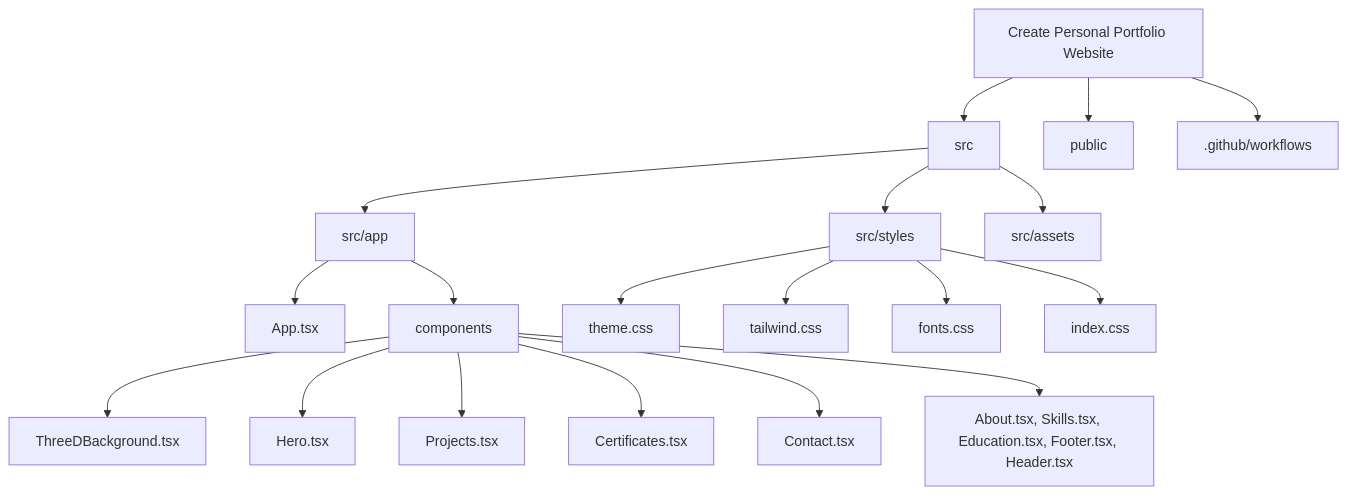
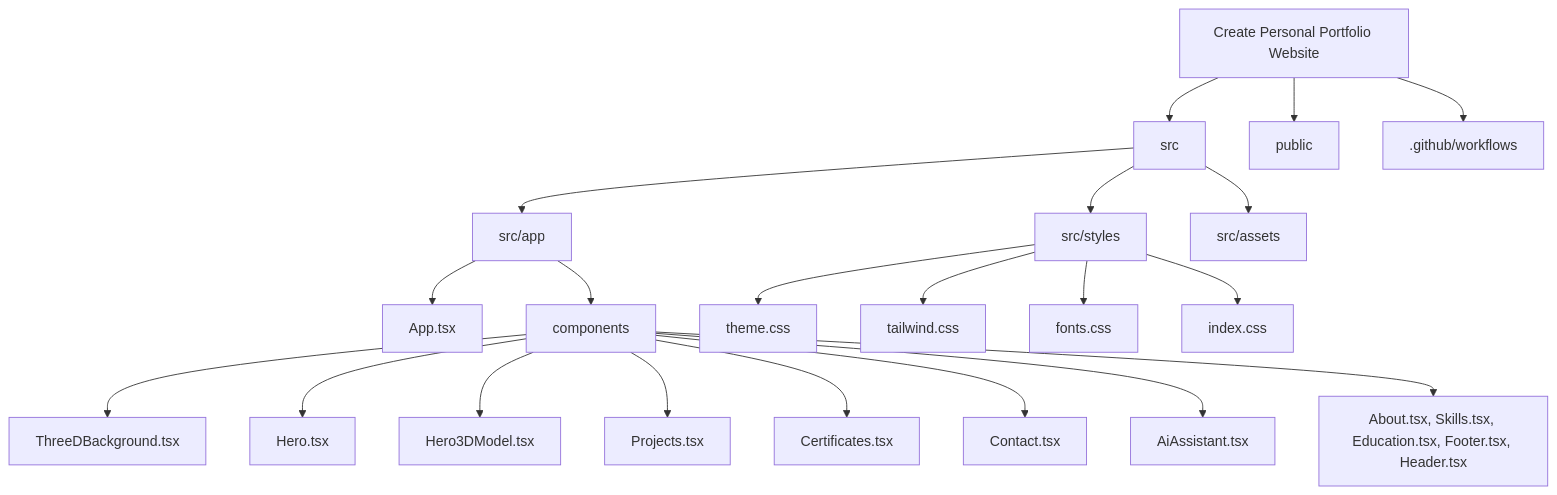
The diagram in brain.md (sanumittal946-eng/SomilPortfolio), drawn with Mermaid before and after one commit. The commit also changed other lines of this file and 26 other files, not shown here.

Commit message:
New Work Flow

````diff
--- a/brain.md
+++ b/brain.md
@@ -41,25 +41,27 @@
 ```mermaid
 graph TD
   Root[Create Personal Portfolio Website] --> src[src]
   Root --> public[public]
   Root --> github[.github/workflows]
   
   src --> app[src/app]
   src --> styles[src/styles]
   src --> assets[src/assets]
   
   app --> AppTSX[App.tsx]
   app --> components[components]
   
   components --> ThreeD[ThreeDBackground.tsx]
   components --> Hero[Hero.tsx]
+  components --> Hero3D[Hero3DModel.tsx]
   components --> Projects[Projects.tsx]
   components --> Certificates[Certificates.tsx]
   components --> Contact[Contact.tsx]
+  components --> AiCopilot[AiAssistant.tsx]
   components --> Others[About.tsx, Skills.tsx, Education.tsx, Footer.tsx, Header.tsx]
   
   styles --> themeCSS[theme.css]
   styles --> tailwindCSS[tailwind.css]
   styles --> fontCSS[fonts.css]
   styles --> indexCSS[index.css]
 ```
````
